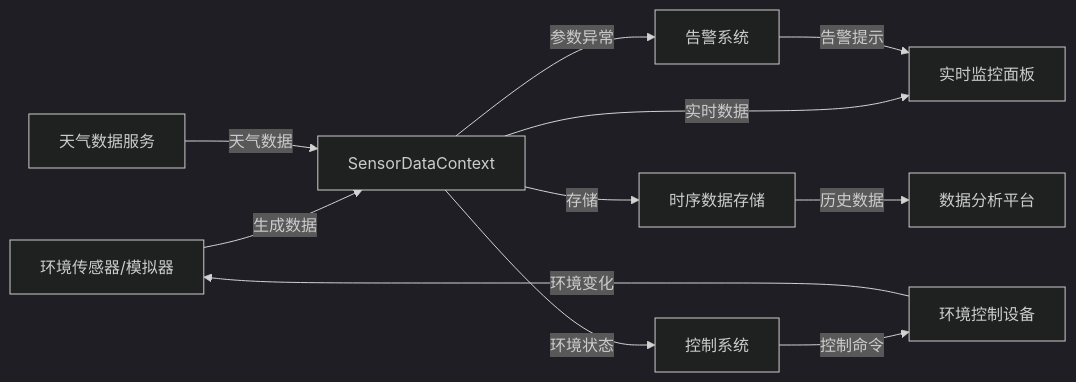
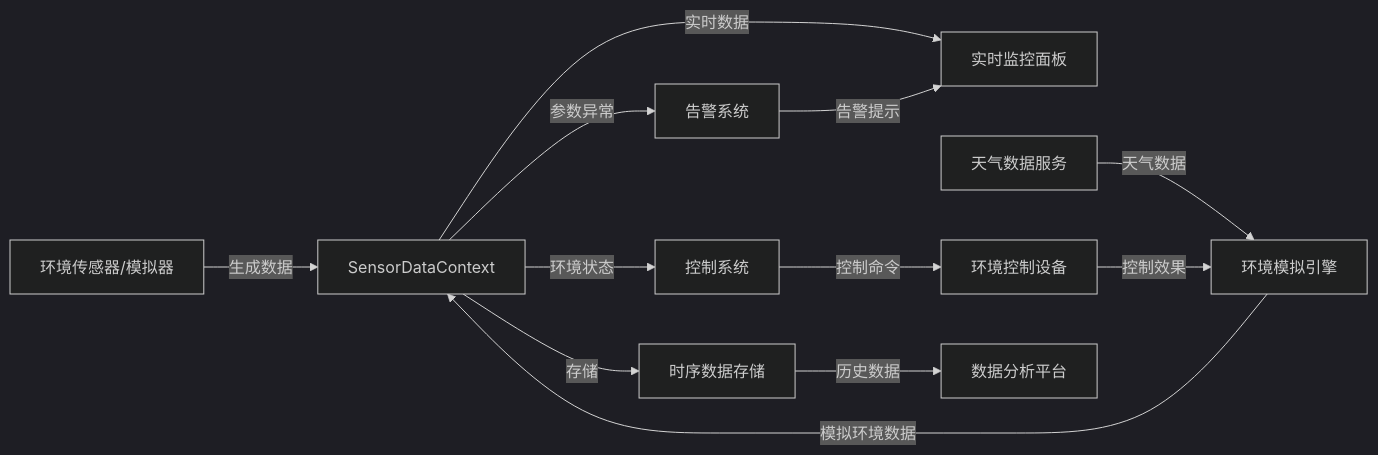
The third of 5 diagrams in docs/overview/system-overview.md (GrooveWJH/IntelliAgriculture), drawn with Mermaid (dark theme) before and after one commit. The commit also changed other lines of this file and 42 other files, not shown here.

````diff
--- a/docs/overview/system-overview.md
+++ b/docs/overview/system-overview.md
@@ -156,18 +164,19 @@
 ```mermaid
 flowchart LR
     A[环境传感器/模拟器] -->|生成数据| B[SensorDataContext]
     
     B -->|实时数据| C[实时监控面板]
     B -->|环境状态| D[控制系统]
     B -->|存储| E[时序数据存储]
     
-    F[天气数据服务] -->|天气数据| B
+    F[天气数据服务] -->|天气数据| G[环境模拟引擎]
+    G -->|模拟环境数据| B
     
-    D -->|控制命令| G[环境控制设备]
-    G -->|环境变化| A
+    D -->|控制命令| H[环境控制设备]
+    H -->|控制效果| G
     
-    E -->|历史数据| H[数据分析平台]
+    E -->|历史数据| I[数据分析平台]
     
-    B -->|参数异常| I[告警系统]
-    I -->|告警提示| C
+    B -->|参数异常| J[告警系统]
+    J -->|告警提示| C
 ```
````
